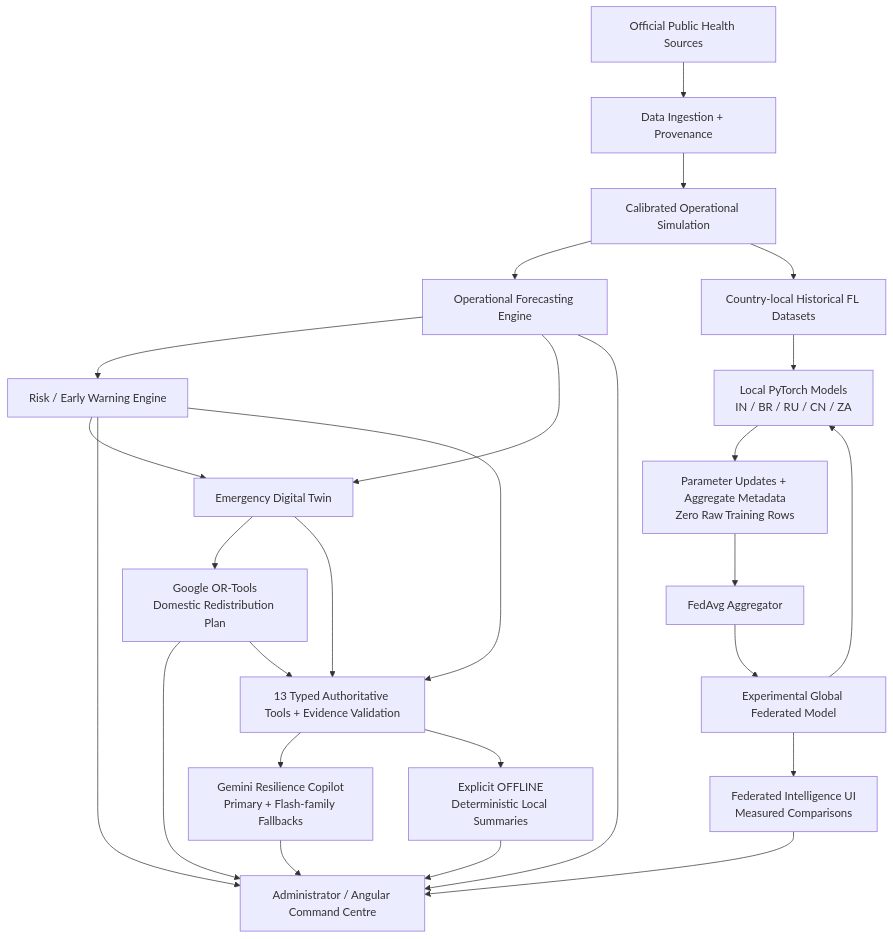
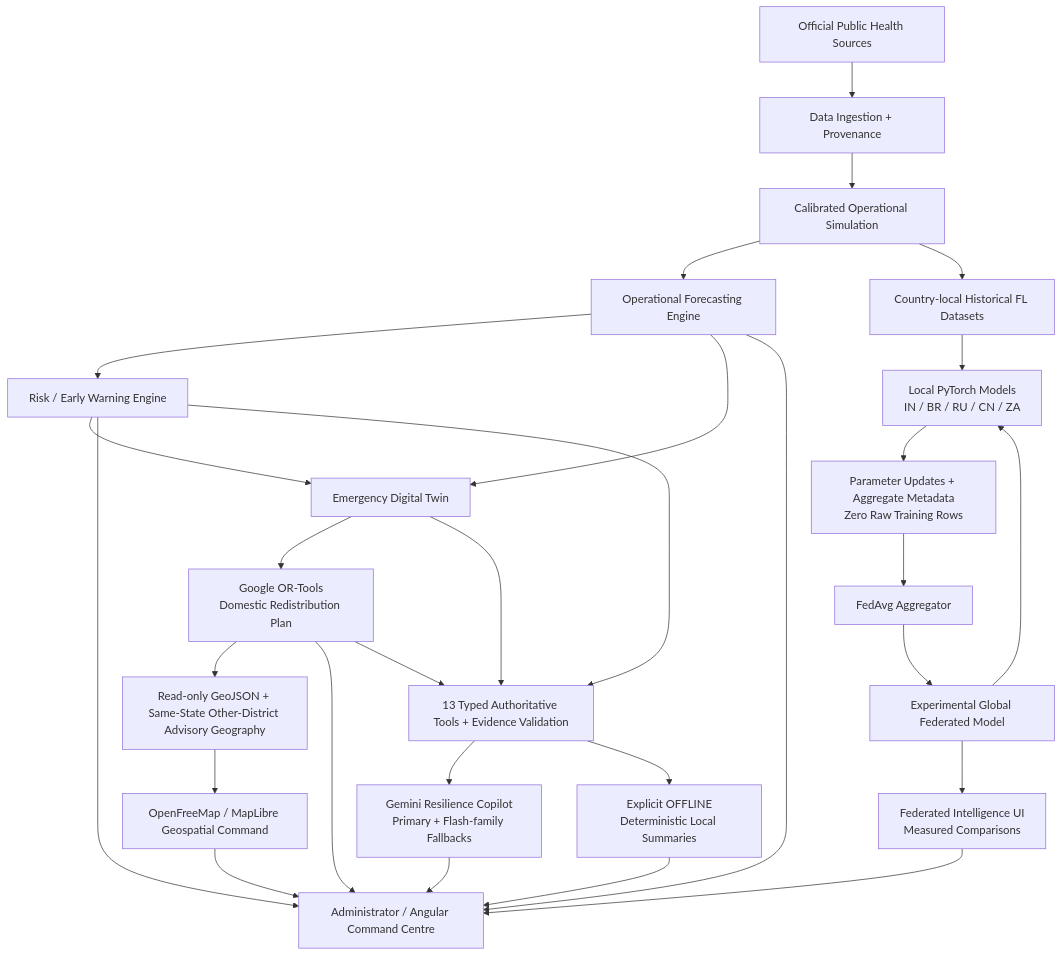
Before and after one commit to harshawardhanchitnis/HealthNexus-AI: the diagram in docs/architecture.md, drawn with Mermaid. The commit also changed other lines of this file and 52 other files, not shown here.

Commit message:
Phase 9: add cross-district resilience and geospatial command centre

````diff
--- a/docs/architecture.md
+++ b/docs/architecture.md
@@ -3,28 +3,31 @@
 ```mermaid
 flowchart TD
     P["Official Public Health Sources"] --> I["Data Ingestion + Provenance"]
     I --> S["Calibrated Operational Simulation"]
     S --> F["Operational Forecasting Engine"]
     F --> W["Risk / Early Warning Engine"]
     W --> T["Emergency Digital Twin"]
     F --> T
     T --> O["Google OR-Tools<br/>Domestic Redistribution Plan"]
-    O --> A["Administrator / Angular Command Centre"]
+    O --> X["Read-only GeoJSON + Same-State Other-District Advisory Geography"]
+    X --> MAP["OpenFreeMap / MapLibre Geospatial Command"]
+    MAP --> A["Administrator / Angular Command Centre"]
+    O --> A
     W --> A
     F --> A
     O --> E["13 Typed Authoritative Tools + Evidence Validation"]
     W --> E
     T --> E
     E --> G["Gemini Resilience Copilot<br/>Primary + Flash-family Fallbacks"]
     E --> L["Explicit OFFLINE<br/>Deterministic Local Summaries"]
     G --> A
     L --> A
     S --> D["Country-local Historical FL Datasets"]
     D --> M["Local PyTorch Models<br/>IN / BR / RU / CN / ZA"]
     M --> U["Parameter Updates + Aggregate Metadata<br/>Zero Raw Training Rows"]
     U --> V["FedAvg Aggregator"]
     V --> Q["Experimental Global Federated Model"]
     Q --> M
     Q --> B["Federated Intelligence UI<br/>Measured Comparisons"]
     B --> A
 ```
````
